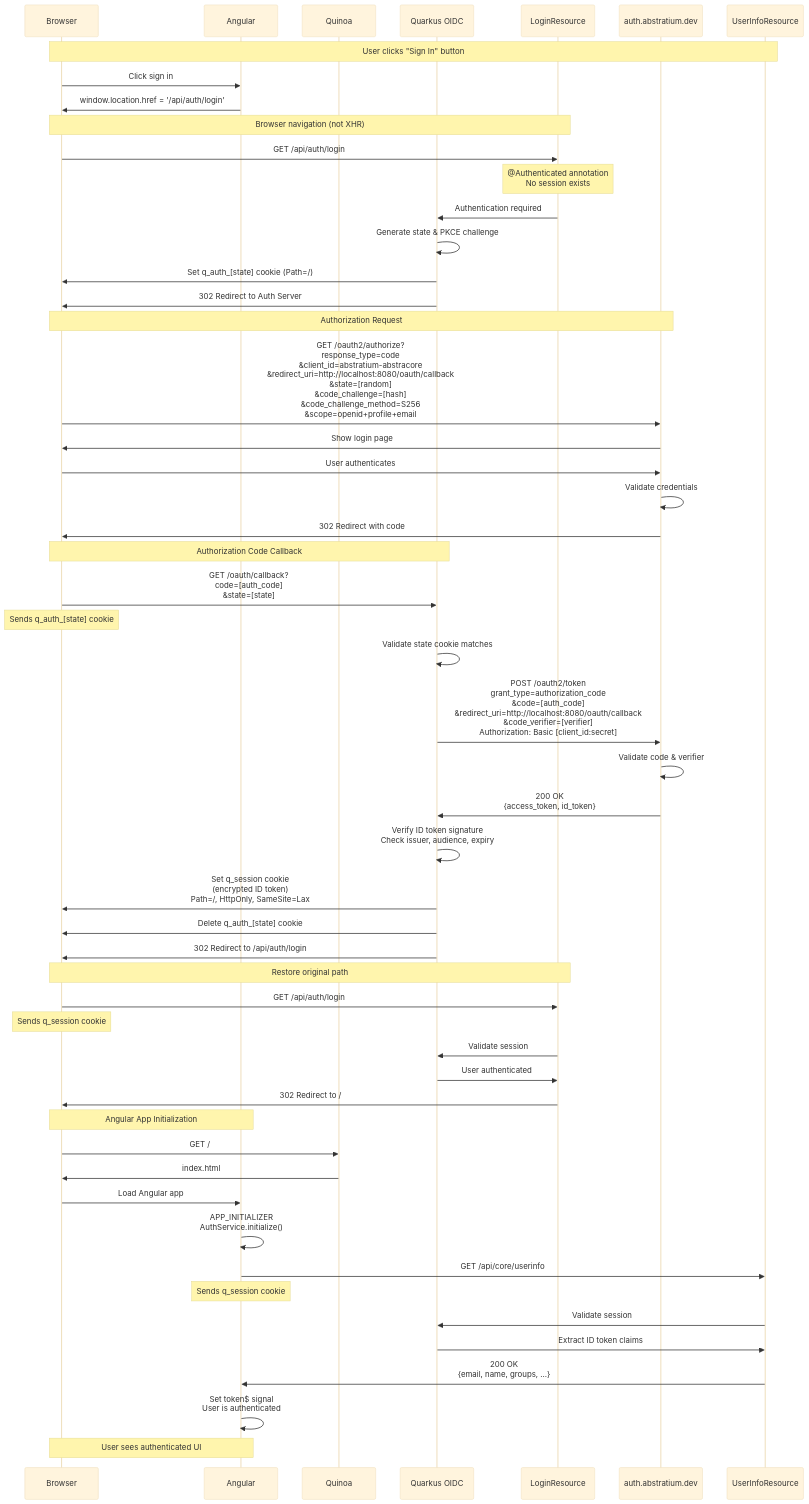
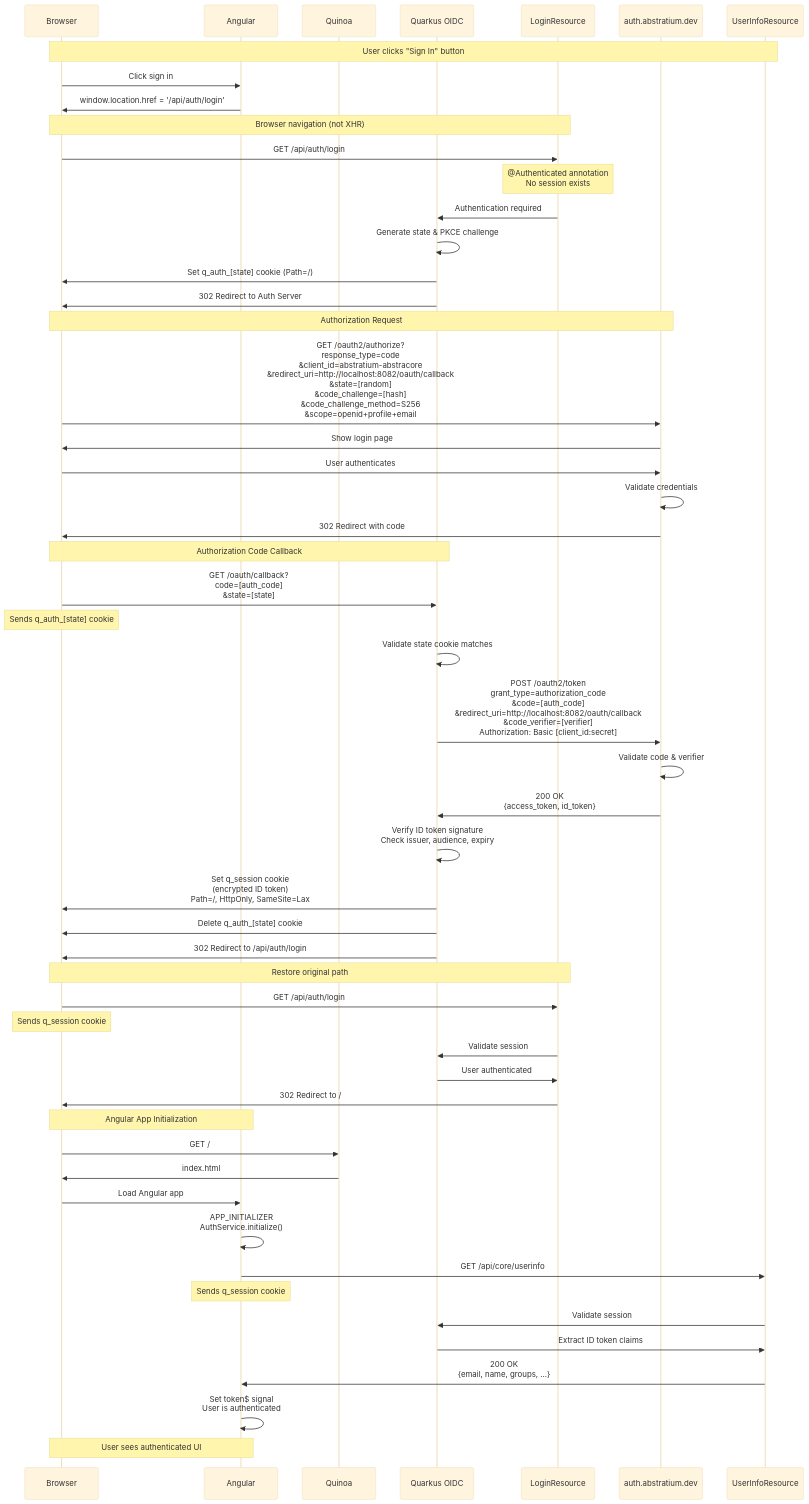
The second of 6 diagrams in docs/AUTHENTICATION_FLOW.md (abstratium-dev/abstradex), drawn with Mermaid (base theme) before and after one commit. The commit also changed other lines of this file and 69 other files, not shown here.

````diff
--- a/docs/AUTHENTICATION_FLOW.md
+++ b/docs/AUTHENTICATION_FLOW.md
@@ -86,68 +86,68 @@
 ```mermaid
 sequenceDiagram
     participant Browser
     participant Angular
     participant Quinoa
     participant OIDC as Quarkus OIDC
     participant Login as LoginResource
     participant Auth as auth.abstratium.dev
     participant UserInfo as UserInfoResource
 
     Note over Browser,UserInfo: User clicks "Sign In" button
     
     Browser->>Angular: Click sign in
     Angular->>Browser: window.location.href = '/api/auth/login'
     
     Note over Browser,Login: Browser navigation (not XHR)
     Browser->>Login: GET /api/auth/login
     Note over Login: @Authenticated annotation<br/>No session exists
     
     Login->>OIDC: Authentication required
     OIDC->>OIDC: Generate state & PKCE challenge
     OIDC->>Browser: Set q_auth_[state] cookie (Path=/)
     OIDC->>Browser: 302 Redirect to Auth Server
     
     Note over Browser,Auth: Authorization Request
-    Browser->>Auth: GET /oauth2/authorize?<br/>response_type=code<br/>&client_id=abstratium-abstracore<br/>&redirect_uri=http://localhost:8080/oauth/callback<br/>&state=[random]<br/>&code_challenge=[hash]<br/>&code_challenge_method=S256<br/>&scope=openid+profile+email
+    Browser->>Auth: GET /oauth2/authorize?<br/>response_type=code<br/>&client_id=abstratium-abstracore<br/>&redirect_uri=http://localhost:8082/oauth/callback<br/>&state=[random]<br/>&code_challenge=[hash]<br/>&code_challenge_method=S256<br/>&scope=openid+profile+email
     
     Auth->>Browser: Show login page
     Browser->>Auth: User authenticates
     Auth->>Auth: Validate credentials
     Auth->>Browser: 302 Redirect with code
     
     Note over Browser,OIDC: Authorization Code Callback
     Browser->>OIDC: GET /oauth/callback?<br/>code=[auth_code]<br/>&state=[state]
     Note over Browser: Sends q_auth_[state] cookie
     
     OIDC->>OIDC: Validate state cookie matches
-    OIDC->>Auth: POST /oauth2/token<br/>grant_type=authorization_code<br/>&code=[auth_code]<br/>&redirect_uri=http://localhost:8080/oauth/callback<br/>&code_verifier=[verifier]<br/>Authorization: Basic [client_id:secret]
+    OIDC->>Auth: POST /oauth2/token<br/>grant_type=authorization_code<br/>&code=[auth_code]<br/>&redirect_uri=http://localhost:8082/oauth/callback<br/>&code_verifier=[verifier]<br/>Authorization: Basic [client_id:secret]
     
     Auth->>Auth: Validate code & verifier
     Auth->>OIDC: 200 OK<br/>{access_token, id_token}
     
     OIDC->>OIDC: Verify ID token signature<br/>Check issuer, audience, expiry
     OIDC->>Browser: Set q_session cookie<br/>(encrypted ID token)<br/>Path=/, HttpOnly, SameSite=Lax
     OIDC->>Browser: Delete q_auth_[state] cookie
     OIDC->>Browser: 302 Redirect to /api/auth/login
     
     Note over Browser,Login: Restore original path
     Browser->>Login: GET /api/auth/login
     Note over Browser: Sends q_session cookie
     Login->>OIDC: Validate session
     OIDC->>Login: User authenticated
     Login->>Browser: 302 Redirect to /
     
     Note over Browser,Angular: Angular App Initialization
     Browser->>Quinoa: GET /
     Quinoa->>Browser: index.html
     Browser->>Angular: Load Angular app
     Angular->>Angular: APP_INITIALIZER<br/>AuthService.initialize()
     Angular->>UserInfo: GET /api/core/userinfo
     Note over Angular: Sends q_session cookie
     UserInfo->>OIDC: Validate session
     OIDC->>UserInfo: Extract ID token claims
     UserInfo->>Angular: 200 OK<br/>{email, name, groups, ...}
     Angular->>Angular: Set token$ signal<br/>User is authenticated
     
     Note over Browser,Angular: User sees authenticated UI
 ```
````
